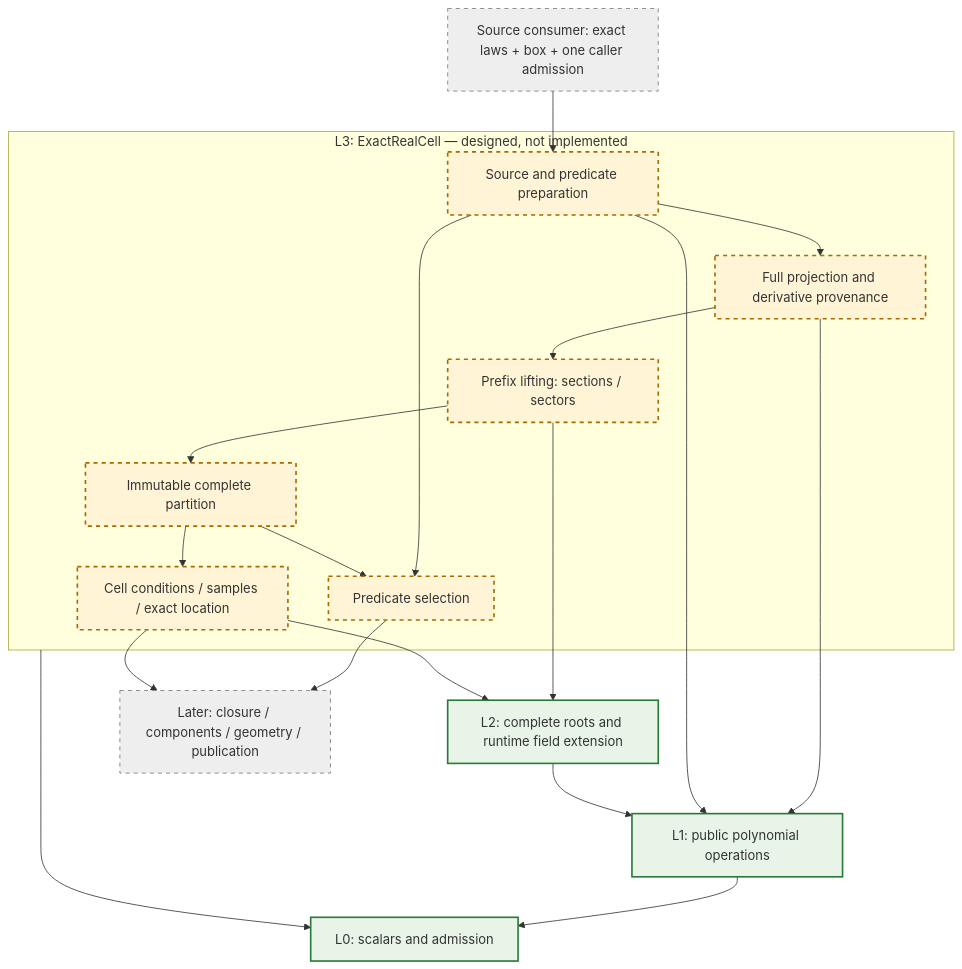
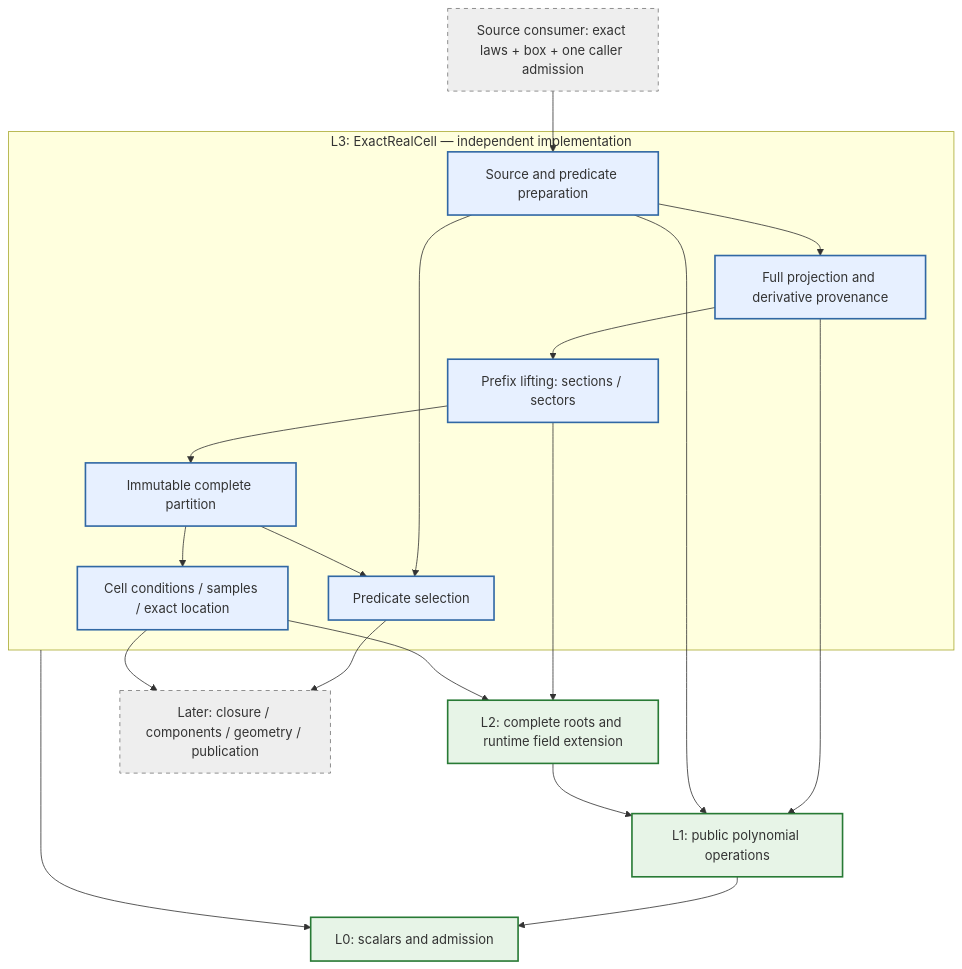
Before and after one commit to 1amageek/swift-CAD: the first of 2 diagrams in Sources/CADGeometry/RationalBivariateAlgebra/ExactRealCell/DESIGN.md, drawn with Mermaid. The commit also changed other lines of this file and 23 other files, not shown here.

Commit message:
Complete exact L3 cell queries and source-bound selection

````diff
--- a/Sources/CADGeometry/RationalBivariateAlgebra/ExactRealCell/DESIGN.md
+++ b/Sources/CADGeometry/RationalBivariateAlgebra/ExactRealCell/DESIGN.md
@@ -84,36 +84,36 @@
 ```mermaid
 flowchart TB
     U["Source consumer: exact laws + box + one caller admission"]
-    subgraph L3["L3: ExactRealCell — designed, not implemented"]
+    subgraph L3["L3: ExactRealCell — independent implementation"]
         S["Source and predicate preparation"]
         P["Full projection and derivative provenance"]
         L["Prefix lifting: sections / sectors"]
         D["Immutable complete partition"]
         B["Predicate selection"]
         Q["Cell conditions / samples / exact location"]
         S --> P --> L --> D
         S --> B
         D --> B
         D --> Q
     end
     L2["L2: complete roots and runtime field extension"]
     L1["L1: public polynomial operations"]
     L0["L0: scalars and admission"]
     T["Later: closure / components / geometry / publication"]
     U --> S
     L --> L2
     P --> L1
     Q --> L2
     S --> L1
     L3 --> L0
     L2 --> L1
     L1 --> L0
     B --> T
     Q --> T
     classDef fixed fill:#e7f4e7,stroke:#287a35,stroke-width:2px
-    classDef planned fill:#fff4d6,stroke:#a76b00,stroke-width:2px,stroke-dasharray:5 5
+    classDef implemented fill:#e7f0ff,stroke:#3168a4,stroke-width:2px
     classDef later fill:#eeeeee,stroke:#777,stroke-dasharray:5 5
     class L0,L1,L2 fixed
-    class S,P,L,D,B,Q planned
+    class S,P,L,D,B,Q implemented
     class U,T later
 ```
````
